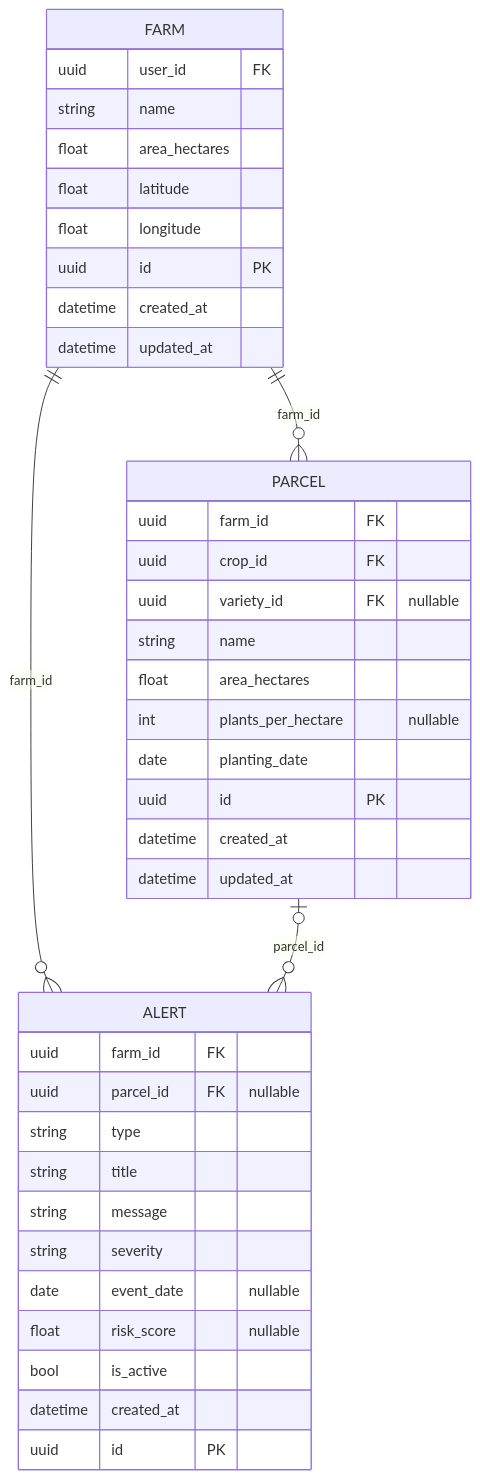
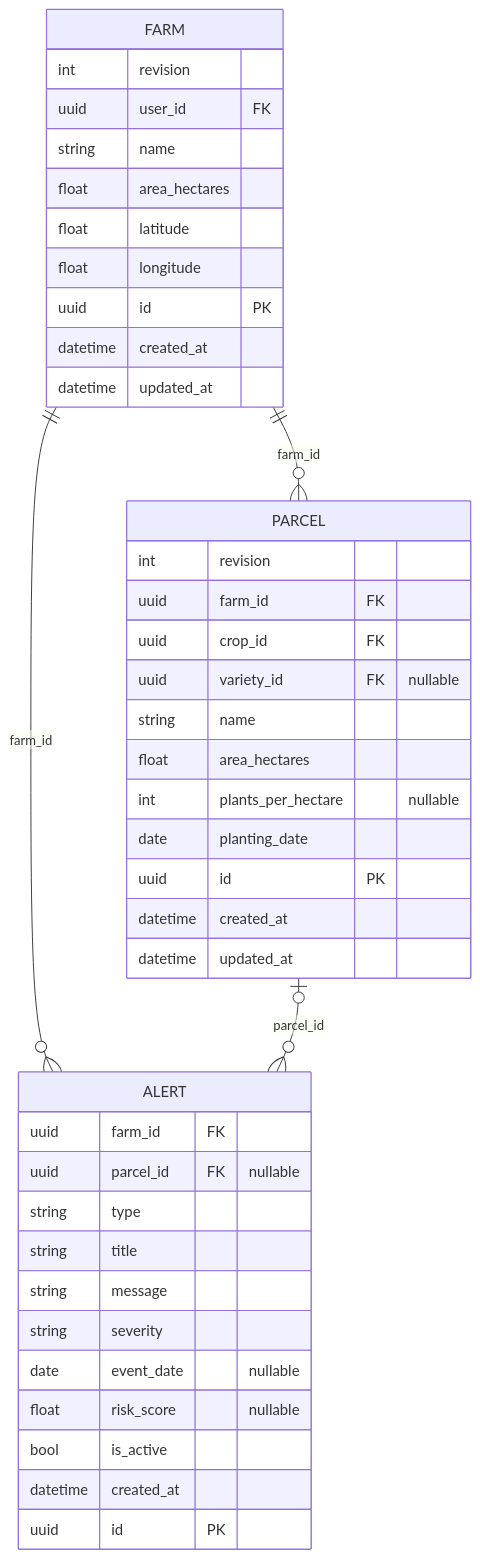
Before and after one commit to ferjovel06/agrifos: the diagram in docs/diagrams/er_diagrams/er_climate_alerts.mmd, drawn with Mermaid. The commit also changed 14 other files, not shown here.

Commit message:
docs(offline): record architecture acceptance evidence and operating limits

```diff
--- a/docs/diagrams/er_diagrams/er_climate_alerts.mmd
+++ b/docs/diagrams/er_diagrams/er_climate_alerts.mmd
@@ -1,40 +1,42 @@
 erDiagram
     %% SQLAlchemy models at main f986ccb; 2026-10-08.
     FARM ||--o{ PARCEL : farm_id
     FARM ||--o{ ALERT : farm_id
     PARCEL o|--o{ ALERT : parcel_id
     FARM {
+        int revision
         uuid user_id FK
         string name
         float area_hectares
         float latitude
         float longitude
         uuid id PK
         datetime created_at
         datetime updated_at
     }
     PARCEL {
+        int revision
         uuid farm_id FK
         uuid crop_id FK
         uuid variety_id FK "nullable"
         string name
         float area_hectares
         int plants_per_hectare "nullable"
         date planting_date
         uuid id PK
         datetime created_at
         datetime updated_at
     }
     ALERT {
         uuid farm_id FK
         uuid parcel_id FK "nullable"
         string type
         string title
         string message
         string severity
         date event_date "nullable"
         float risk_score "nullable"
         bool is_active
         datetime created_at
         uuid id PK
     }
```
